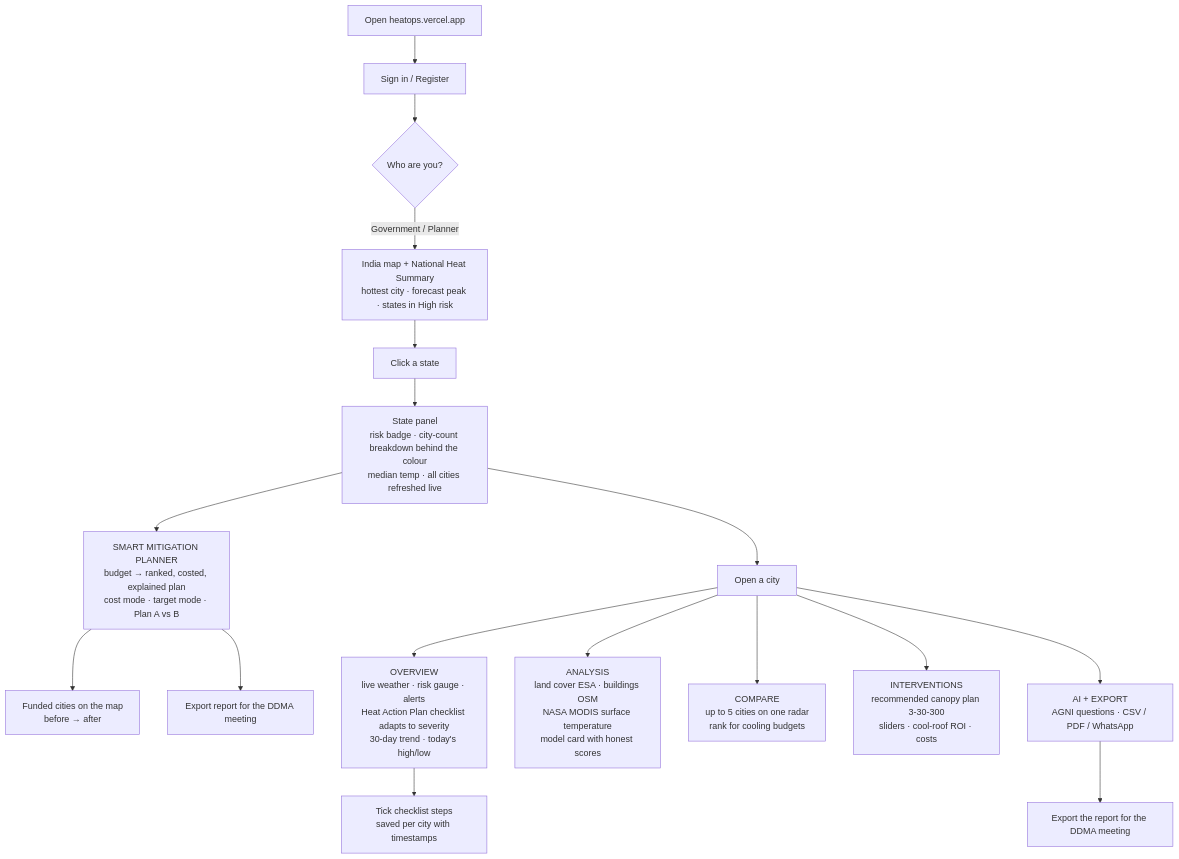
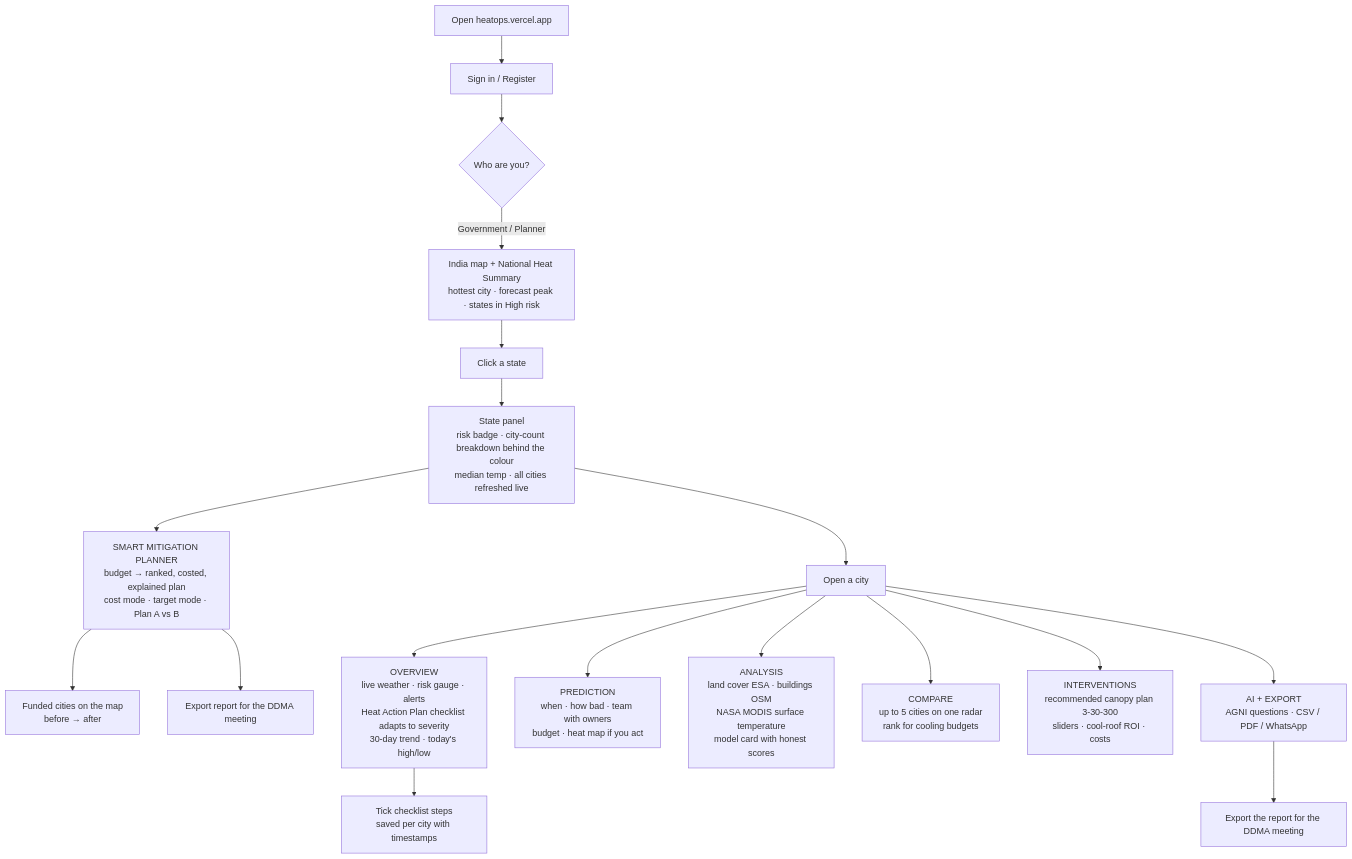
One commit to kkrrishagarwal/heatops changed the second of 3 diagrams in PROJECT_STORY.md. Above: the diagram before and after it, drawn with Mermaid. The commit also changed other lines of this file and 6 other files, not shown here.

First line of the commit message:
PREDICTION tab: the District Magistrate's one-page brief — when the heat comes, how bad, this week's checklist with owners and deadlines, where the budget goes, and the heat map if you act

````diff
--- a/PROJECT_STORY.md
+++ b/PROJECT_STORY.md
@@ -334,19 +335,20 @@
 ```mermaid
 flowchart TD
     A[Open heatops.vercel.app] --> B[Sign in / Register]
     B --> C{Who are you?}
     C -->|Government / Planner| D[India map + National Heat Summary<br/>hottest city · forecast peak · states in High risk]
     D --> E[Click a state]
     E --> F[State panel<br/>risk badge · city-count breakdown behind the colour<br/>median temp · all cities refreshed live]
     F --> P[SMART MITIGATION PLANNER<br/>budget → ranked, costed, explained plan<br/>cost mode · target mode · Plan A vs B]
     P --> PM[Funded cities on the map<br/>before → after]
     P --> PE[Export report for the DDMA meeting]
     F --> G[Open a city]
     G --> H[OVERVIEW<br/>live weather · risk gauge · alerts<br/>Heat Action Plan checklist adapts to severity<br/>30-day trend · today's high/low]
+    G --> PR[PREDICTION<br/>when · how bad · team with owners<br/>budget · heat map if you act]
     G --> I[ANALYSIS<br/>land cover ESA · buildings OSM<br/>NASA MODIS surface temperature<br/>model card with honest scores]
     G --> J[COMPARE<br/>up to 5 cities on one radar<br/>rank for cooling budgets]
     G --> K[INTERVENTIONS<br/>recommended canopy plan 3-30-300<br/>sliders · cool-roof ROI · costs]
     G --> L[AI + EXPORT<br/>AGNI questions · CSV / PDF / WhatsApp]
     H --> M[Tick checklist steps<br/>saved per city with timestamps]
     L --> N[Export the report for the DDMA meeting]
 ```
````
